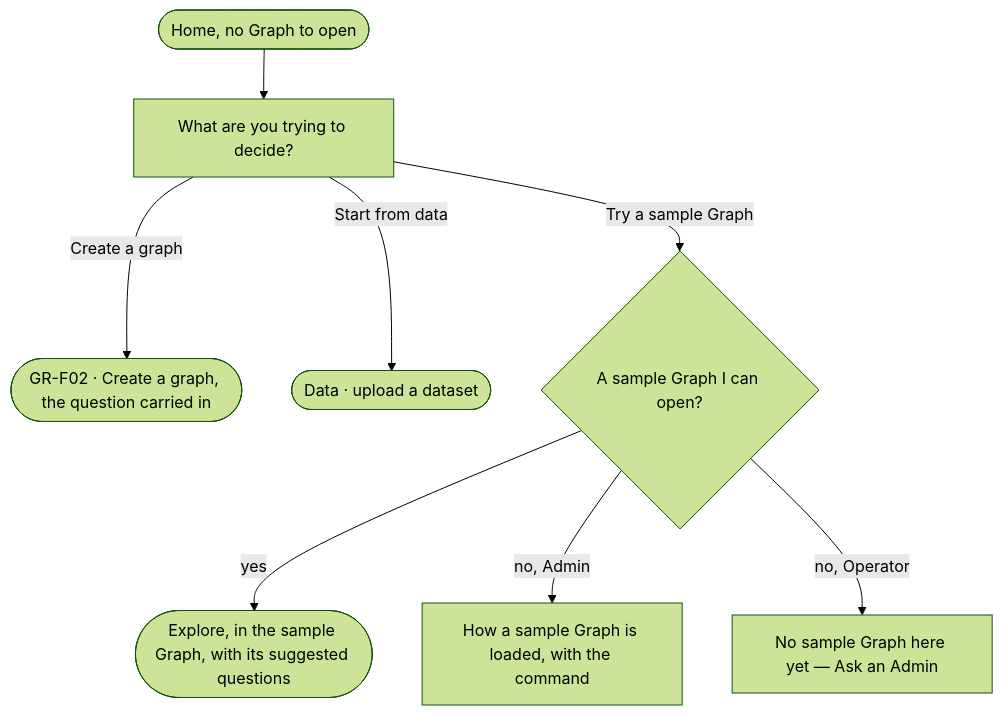
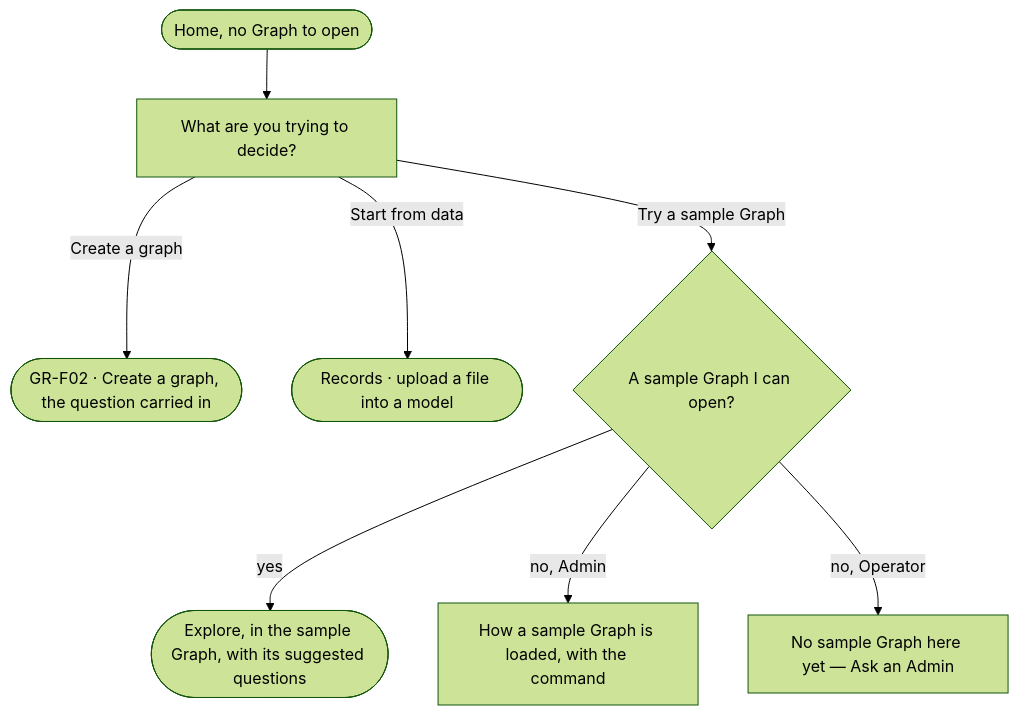
Before and after one commit to invana/invana: the diagram in specs/os/graph/features/GR-F01-open-a-graph/stories/GR-02-start-an-empty-install-from-a-question/story.md, drawn with Mermaid (forest theme). The commit also changed other lines of this file and 637 other files, not shown here.

````diff
--- a/specs/os/graph/features/GR-F01-open-a-graph/stories/GR-02-start-an-empty-install-from-a-question/story.md
+++ b/specs/os/graph/features/GR-F01-open-a-graph/stories/GR-02-start-an-empty-install-from-a-question/story.md
@@ -26,10 +26,10 @@
 ```mermaid
 flowchart TD
   h([Home, no Graph to open]) --> q["What are you trying to decide?"]
   q -->|Create a graph| cg(["GR-F02 · Create a graph, the question carried in"])
-  q -->|Start from data| d(["Data · upload a dataset"])
+  q -->|Start from data| d(["Records · upload a file into a model"])
   q -->|Try a sample Graph| s{"A sample Graph I can open?"}
   s -->|yes| ex(["Explore, in the sample Graph, with its suggested questions"])
   s -->|no, Admin| how["How a sample Graph is loaded, with the command"]
   s -->|no, Operator| ask["No sample Graph here yet — Ask an Admin"]
 ```
````
